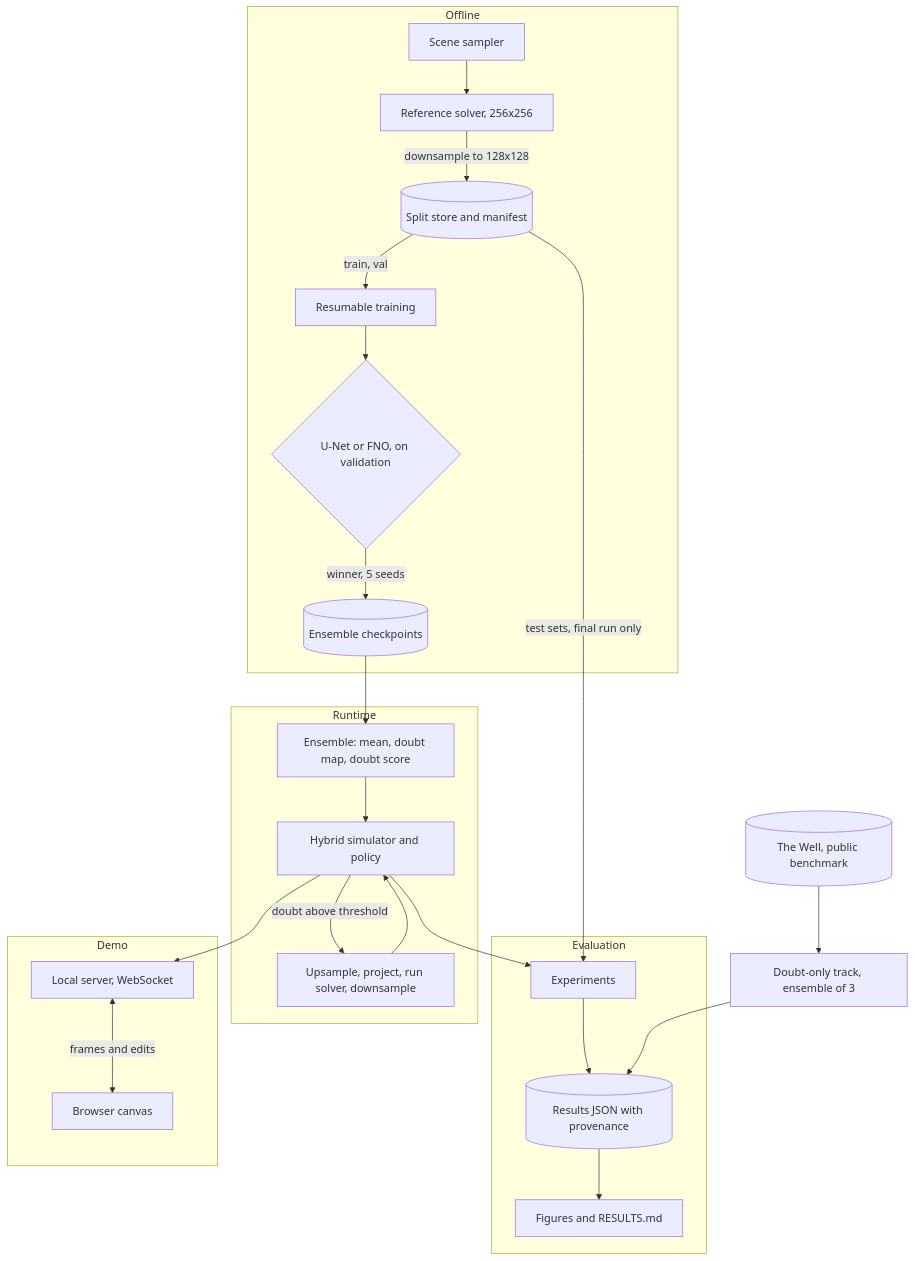
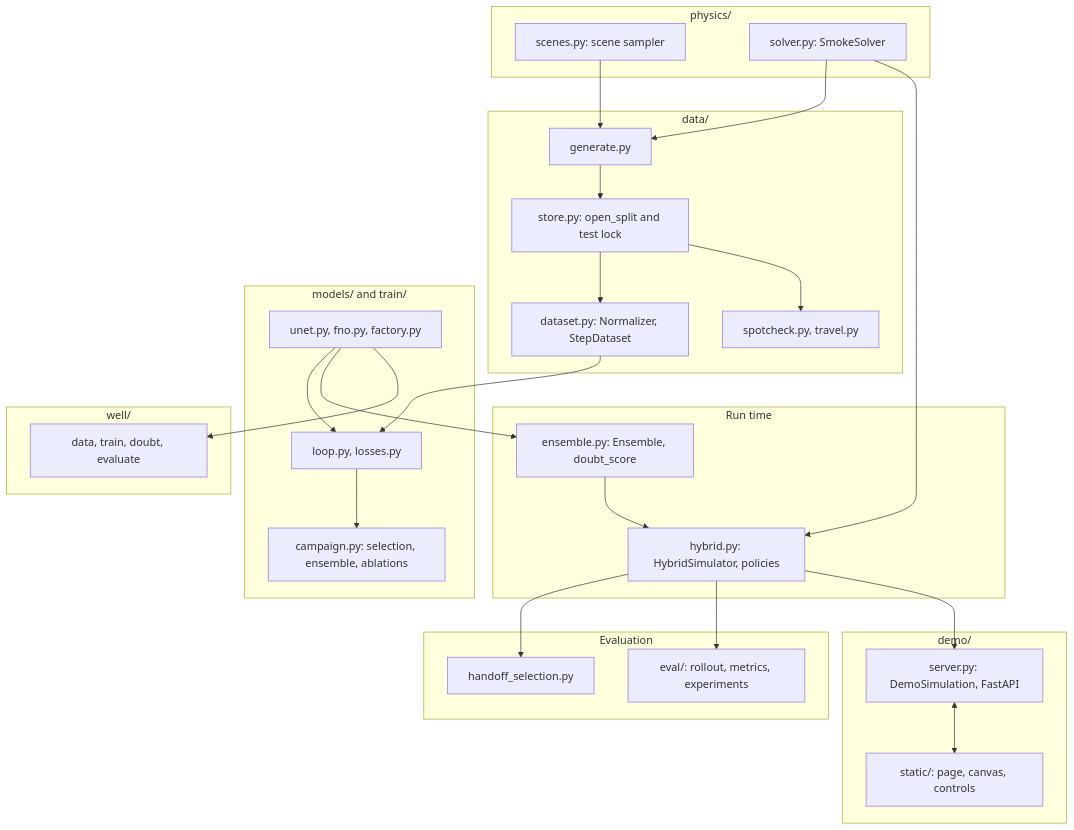
Before and after one commit to Adwaith-R-Nair/sandeha: the first of 3 diagrams in docs/HLD.md, drawn with Mermaid. The commit also changed other lines of this file and 2 other files, not shown here.

Commit message:
docs: bring HLD, LLD and test plan in line with the code

````diff
--- a/docs/HLD.md
+++ b/docs/HLD.md
@@ -9,32 +19,50 @@
 ```mermaid
 flowchart TD
-    subgraph Offline
-        Scenes[Scene sampler] --> Solver[Reference solver, 256x256]
-        Solver -->|downsample to 128x128| Store[(Split store and manifest)]
-        Store -->|train, val| Train[Resumable training]
-        Train --> Select{U-Net or FNO, on validation}
-        Select -->|winner, 5 seeds| Ckpt[(Ensemble checkpoints)]
+    subgraph Physics["physics/"]
+        Scenes["scenes.py: scene sampler"]
+        Solver["solver.py: SmokeSolver"]
+    end
+    subgraph Data["data/"]
+        Generate["generate.py"]
+        Store["store.py: open_split and test lock"]
+        Dataset["dataset.py: Normalizer, StepDataset"]
+        Checks["spotcheck.py, travel.py"]
+    end
+    subgraph Training["models/ and train/"]
+        Models["unet.py, fno.py, factory.py"]
+        Loop["loop.py, losses.py"]
+        Campaign["campaign.py: selection, ensemble, ablations"]
+    end
+    subgraph Runtime["Run time"]
+        Ensemble["ensemble.py: Ensemble, doubt_score"]
+        Hybrid["hybrid.py: HybridSimulator, policies"]
+    end
+    subgraph Evaluation["Evaluation"]
+        Selection["handoff_selection.py"]
+        Eval["eval/: rollout, metrics, experiments"]
+    end
+    subgraph Demo["demo/"]
+        Server["server.py: DemoSimulation, FastAPI"]
+        Page["static/: page, canvas, controls"]
+    end
+    subgraph Well["well/"]
+        WellCode["data, train, doubt, evaluate"]
     end
 
-    subgraph Runtime
-        Ckpt --> Ensemble[Ensemble: mean, doubt map, doubt score]
-        Ensemble --> Hybrid[Hybrid simulator and policy]
-        Hybrid -->|doubt above threshold| Handoff[Upsample, project, run solver, downsample]
-        Handoff --> Hybrid
-    end
-
-    subgraph Evaluation
-        Store -->|test sets, final run only| Exp[Experiments]
-        Hybrid --> Exp
-        Exp --> Results[(Results JSON with provenance)]
-        Results --> Figures[Figures and RESULTS.md]
-    end
-
-    subgraph Demo
-        Hybrid --> Server[Local server, WebSocket]
-        Server <-->|frames and edits| Browser[Browser canvas]
-    end
-
-    Well[(The Well, public benchmark)] --> WellTrack[Doubt-only track, ensemble of 3]
-    WellTrack --> Results
+    Scenes --> Generate
+    Solver --> Generate
+    Generate --> Store
+    Store --> Dataset
+    Store --> Checks
+    Dataset --> Loop
+    Models --> Loop
+    Loop --> Campaign
+    Models --> Ensemble
+    Ensemble --> Hybrid
+    Solver --> Hybrid
+    Hybrid --> Selection
+    Hybrid --> Eval
+    Hybrid --> Server
+    Server <--> Page
+    Models --> WellCode
 ```
````
